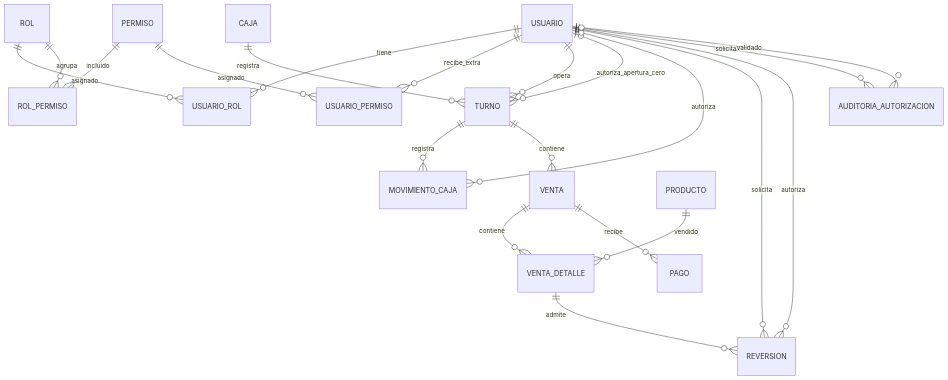
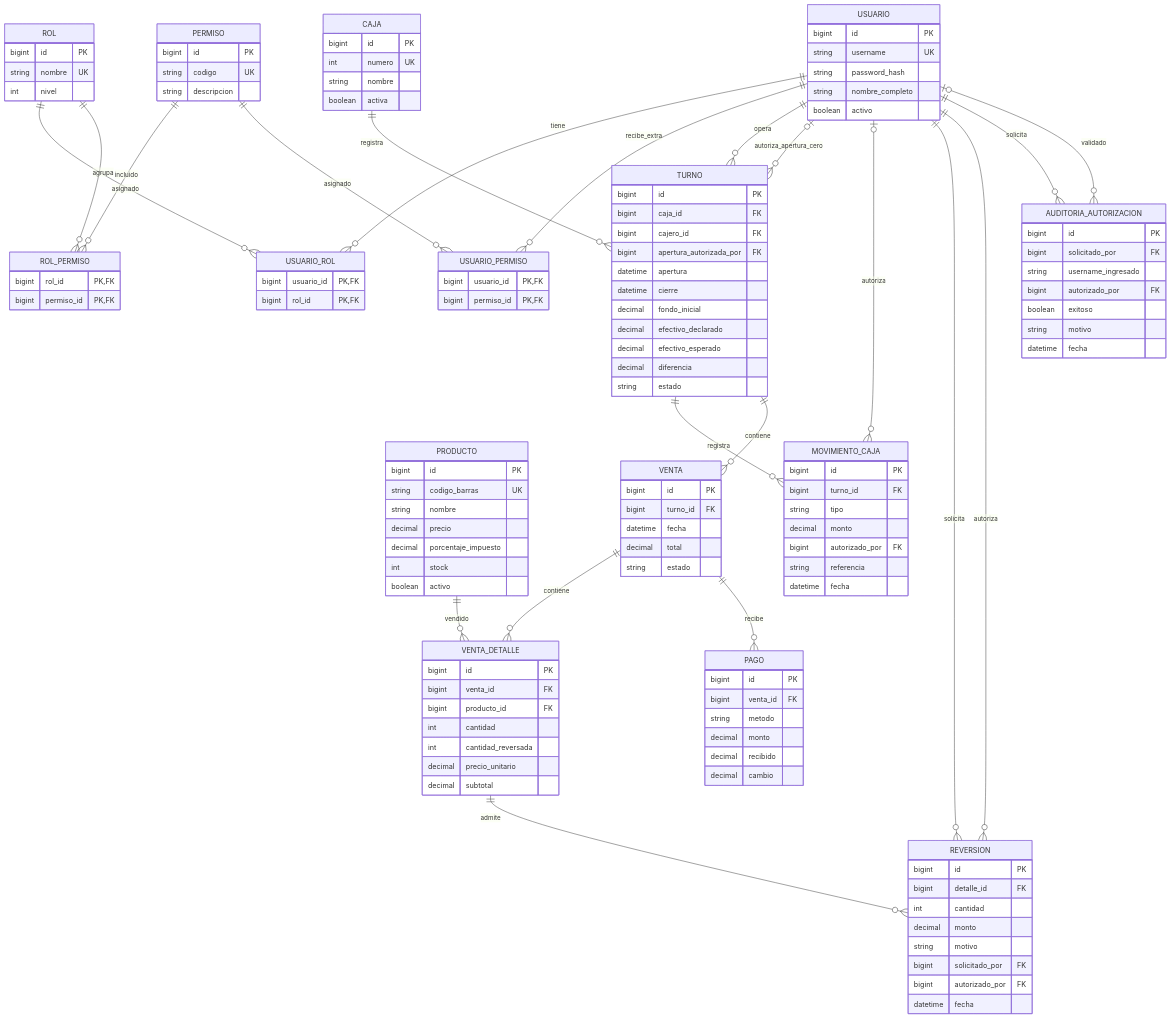
Before and after one commit to MJMontufar/SupermarketApp: the diagram in docs/modelo-er.md, drawn with Mermaid. The commit also changed other lines of this file and 59 other files, not shown here.

````diff
--- a/docs/modelo-er.md
+++ b/docs/modelo-er.md
@@ -3,5 +3,114 @@
 ```mermaid
 erDiagram
+    USUARIO {
+        bigint id PK
+        string username UK
+        string password_hash
+        string nombre_completo
+        boolean activo
+    }
+    ROL {
+        bigint id PK
+        string nombre UK
+        int nivel
+    }
+    PERMISO {
+        bigint id PK
+        string codigo UK
+        string descripcion
+    }
+    USUARIO_ROL {
+        bigint usuario_id PK,FK
+        bigint rol_id PK,FK
+    }
+    USUARIO_PERMISO {
+        bigint usuario_id PK,FK
+        bigint permiso_id PK,FK
+    }
+    ROL_PERMISO {
+        bigint rol_id PK,FK
+        bigint permiso_id PK,FK
+    }
+    CAJA {
+        bigint id PK
+        int numero UK
+        string nombre
+        boolean activa
+    }
+    TURNO {
+        bigint id PK
+        bigint caja_id FK
+        bigint cajero_id FK
+        bigint apertura_autorizada_por FK
+        datetime apertura
+        datetime cierre
+        decimal fondo_inicial
+        decimal efectivo_declarado
+        decimal efectivo_esperado
+        decimal diferencia
+        string estado
+    }
+    PRODUCTO {
+        bigint id PK
+        string codigo_barras UK
+        string nombre
+        decimal precio
+        decimal porcentaje_impuesto
+        int stock
+        boolean activo
+    }
+    VENTA {
+        bigint id PK
+        bigint turno_id FK
+        datetime fecha
+        decimal total
+        string estado
+    }
+    VENTA_DETALLE {
+        bigint id PK
+        bigint venta_id FK
+        bigint producto_id FK
+        int cantidad
+        int cantidad_reversada
+        decimal precio_unitario
+        decimal subtotal
+    }
+    PAGO {
+        bigint id PK
+        bigint venta_id FK
+        string metodo
+        decimal monto
+        decimal recibido
+        decimal cambio
+    }
+    MOVIMIENTO_CAJA {
+        bigint id PK
+        bigint turno_id FK
+        string tipo
+        decimal monto
+        bigint autorizado_por FK
+        string referencia
+        datetime fecha
+    }
+    REVERSION {
+        bigint id PK
+        bigint detalle_id FK
+        int cantidad
+        decimal monto
+        string motivo
+        bigint solicitado_por FK
+        bigint autorizado_por FK
+        datetime fecha
+    }
+    AUDITORIA_AUTORIZACION {
+        bigint id PK
+        bigint solicitado_por FK
+        string username_ingresado
+        bigint autorizado_por FK
+        boolean exitoso
+        string motivo
+        datetime fecha
+    }
     USUARIO ||--o{ USUARIO_ROL : tiene
     ROL ||--o{ USUARIO_ROL : asignado
     ROL ||--o{ ROL_PERMISO : agrupa
````
